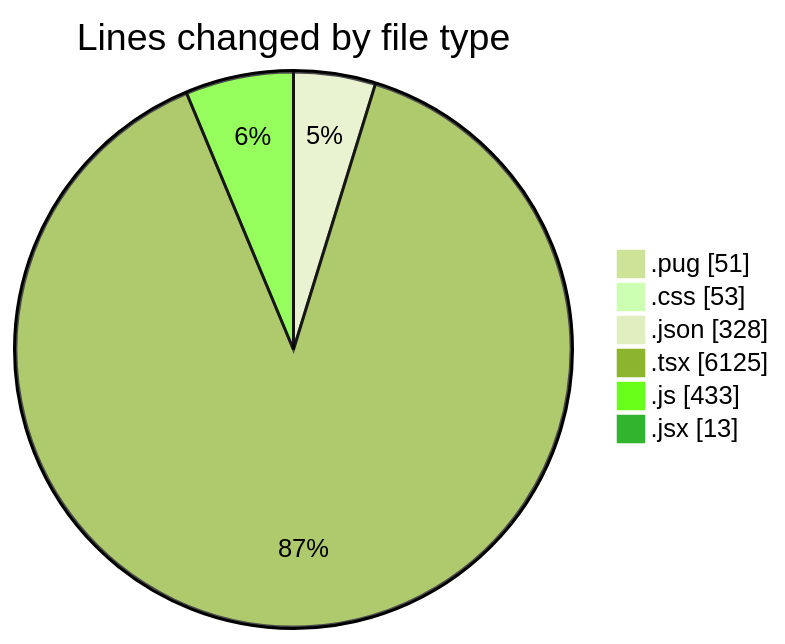
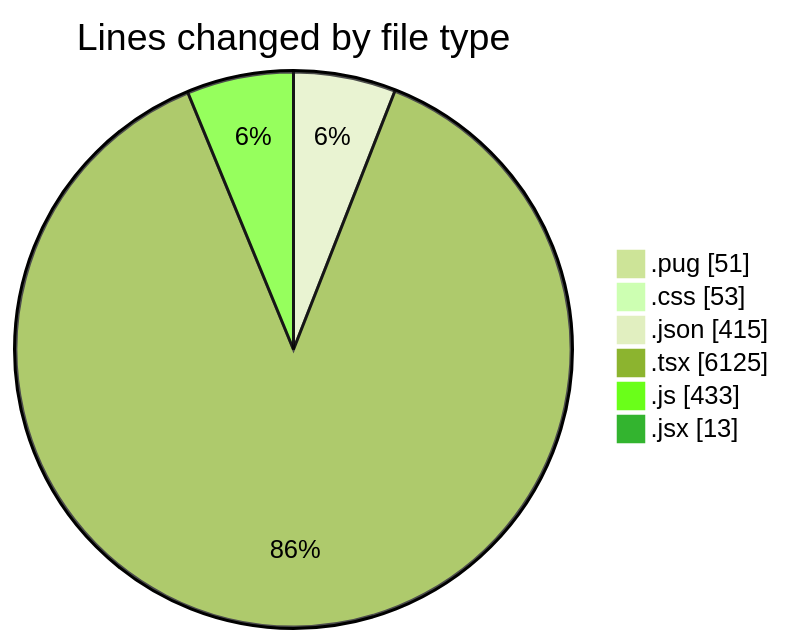
Before and after one commit to momahboobian/code-tracking: the first of 2 diagrams in 2025-11-06/cda/README.md, drawn with Mermaid (forest theme). The commit also changed other lines of this file and 1 other file, not shown here.

````diff
--- a/2025-11-06/cda/README.md
+++ b/2025-11-06/cda/README.md
@@ -40,10 +40,10 @@
 ```mermaid
 pie showData
 title Lines changed by file type
 ".pug" : 51
 ".css" : 53
-".json" : 328
+".json" : 415
 ".tsx" : 6125
 ".js" : 433
 ".jsx" : 13
 ```
````
